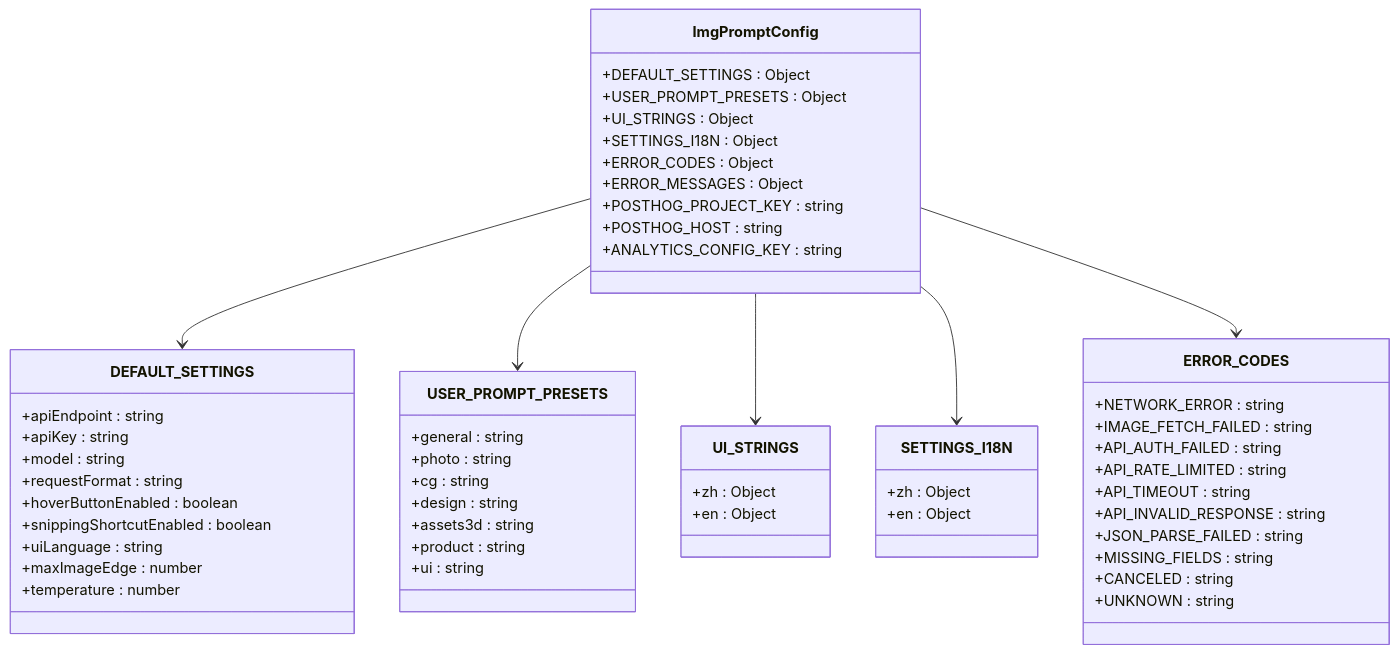
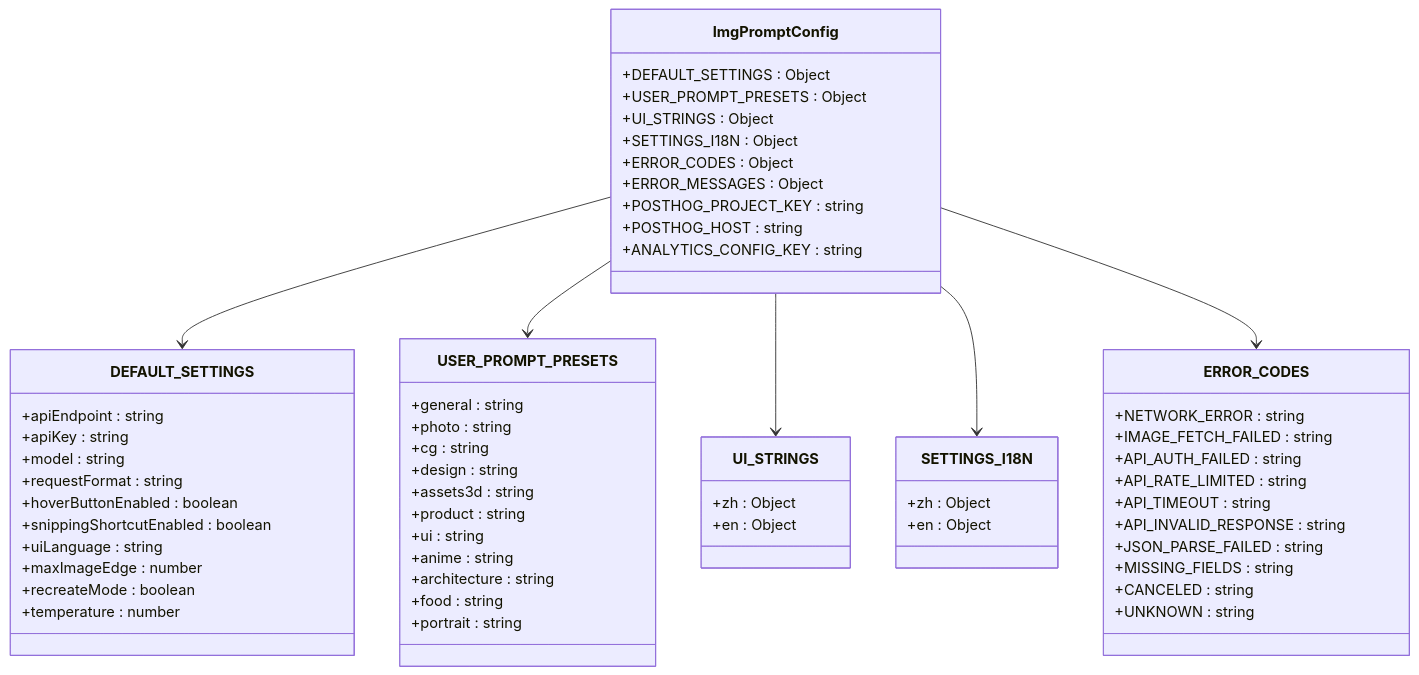
One commit to binasi/Img2Prompt changed the fifth of 11 diagrams in .qoder/repowiki/zh/content/技术架构/核心模块分析/配置管理模块 (config.js).md. Above: the diagram before and after it, drawn with Mermaid. The commit also changed other lines of this file and 7 other files, not shown here.

````diff
--- a/.qoder/repowiki/zh/content/技术架构/核心模块分析/配置管理模块 (config.js).md
+++ b/.qoder/repowiki/zh/content/技术架构/核心模块分析/配置管理模块 (config.js).md
@@ -252,59 +277,64 @@
 ```mermaid
 classDiagram
 class ImgPromptConfig {
 +DEFAULT_SETTINGS : Object
 +USER_PROMPT_PRESETS : Object
 +UI_STRINGS : Object
 +SETTINGS_I18N : Object
 +ERROR_CODES : Object
 +ERROR_MESSAGES : Object
 +POSTHOG_PROJECT_KEY : string
 +POSTHOG_HOST : string
 +ANALYTICS_CONFIG_KEY : string
 }
 class DEFAULT_SETTINGS {
 +apiEndpoint : string
 +apiKey : string
 +model : string
 +requestFormat : string
 +hoverButtonEnabled : boolean
 +snippingShortcutEnabled : boolean
 +uiLanguage : string
 +maxImageEdge : number
++recreateMode : boolean
 +temperature : number
 }
 class USER_PROMPT_PRESETS {
 +general : string
 +photo : string
 +cg : string
 +design : string
 +assets3d : string
 +product : string
 +ui : string
++anime : string
++architecture : string
++food : string
++portrait : string
 }
 class UI_STRINGS {
 +zh : Object
 +en : Object
 }
 class SETTINGS_I18N {
 +zh : Object
 +en : Object
 }
 class ERROR_CODES {
 +NETWORK_ERROR : string
 +IMAGE_FETCH_FAILED : string
 +API_AUTH_FAILED : string
 +API_RATE_LIMITED : string
 +API_TIMEOUT : string
 +API_INVALID_RESPONSE : string
 +JSON_PARSE_FAILED : string
 +MISSING_FIELDS : string
 +CANCELED : string
 +UNKNOWN : string
 }
 ImgPromptConfig --> DEFAULT_SETTINGS
 ImgPromptConfig --> USER_PROMPT_PRESETS
 ImgPromptConfig --> UI_STRINGS
 ImgPromptConfig --> SETTINGS_I18N
 ImgPromptConfig --> ERROR_CODES
 ```
````
